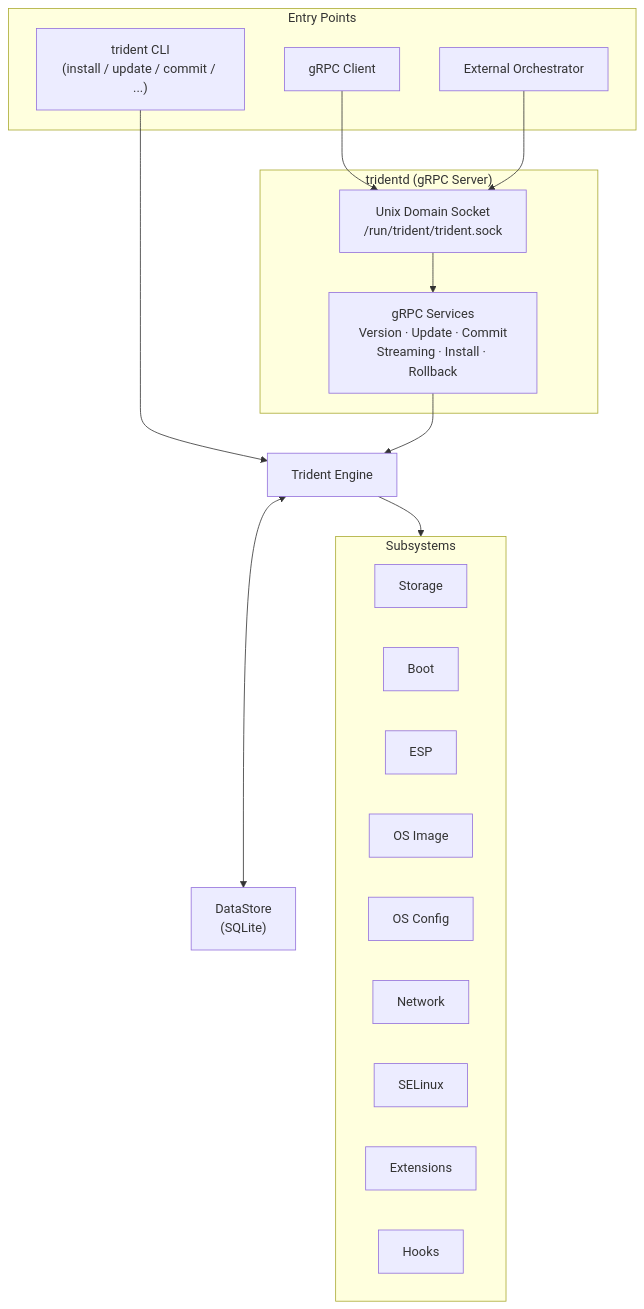
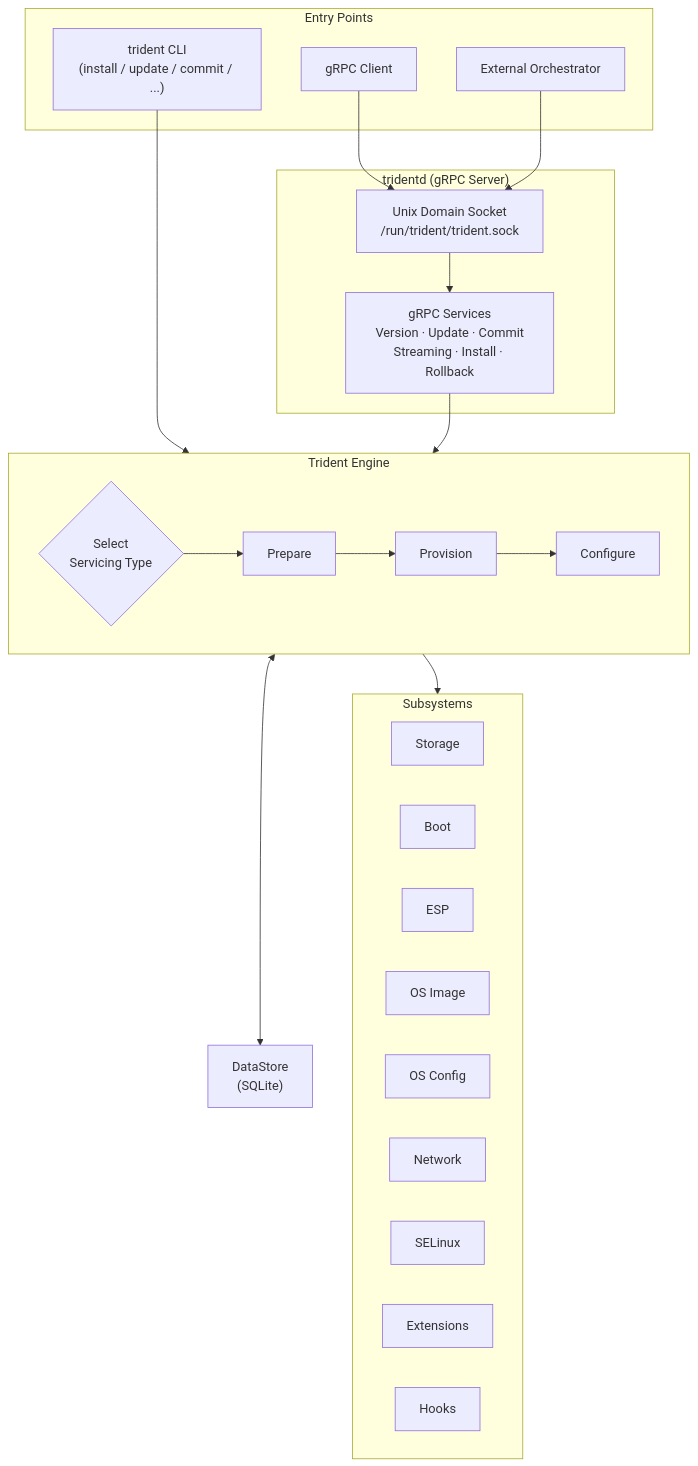
Before and after one commit to microsoft/trident: the second of 8 diagrams in docs/Explanation/Trident-Architecture.md, drawn with Mermaid. The commit also changed other lines of this file, not shown here.

Commit message:
docs: simplify overview diagram, move engine details to execution modes

````diff
--- a/docs/Explanation/Trident-Architecture.md
+++ b/docs/Explanation/Trident-Architecture.md
@@ -83,37 +50,44 @@
 ```mermaid
 flowchart TB
-    subgraph Entry Points
+    subgraph EntryPoints ["Entry Points"]
         CLI["trident CLI\n(install / update / commit / ...)"]
         GRPC_CLIENT["gRPC Client"]
         ORCH["External Orchestrator"]
     end
 
     subgraph Daemon ["tridentd (gRPC Server)"]
         SOCKET["Unix Domain Socket\n/run/trident/trident.sock"]
         SERVICES["gRPC Services\nVersion · Update · Commit\nStreaming · Install · Rollback"]
     end
 
     CLI --> ENGINE
     GRPC_CLIENT --> SOCKET
     ORCH --> SOCKET
     SOCKET --> SERVICES
     SERVICES --> ENGINE
 
-    ENGINE["Trident Engine"]
+    subgraph ENGINE ["Trident Engine"]
+        SELECT{"Select\nServicing Type"}
+        PREPARE["Prepare"]
+        PROVISION["Provision"]
+        CONFIGURE["Configure"]
+        SELECT --> PREPARE --> PROVISION --> CONFIGURE
+    end
+
+    ENGINE <--> DS["DataStore\n(SQLite)"]
 
     subgraph Subsystems
         direction LR
         S1[Storage]
         S2[Boot]
         S3[ESP]
         S4[OS Image]
         S5[OS Config]
         S6[Network]
         S7[SELinux]
         S8[Extensions]
         S9[Hooks]
     end
 
     ENGINE --> Subsystems
-    ENGINE <--> DS["DataStore\n(SQLite)"]
 ```
````
